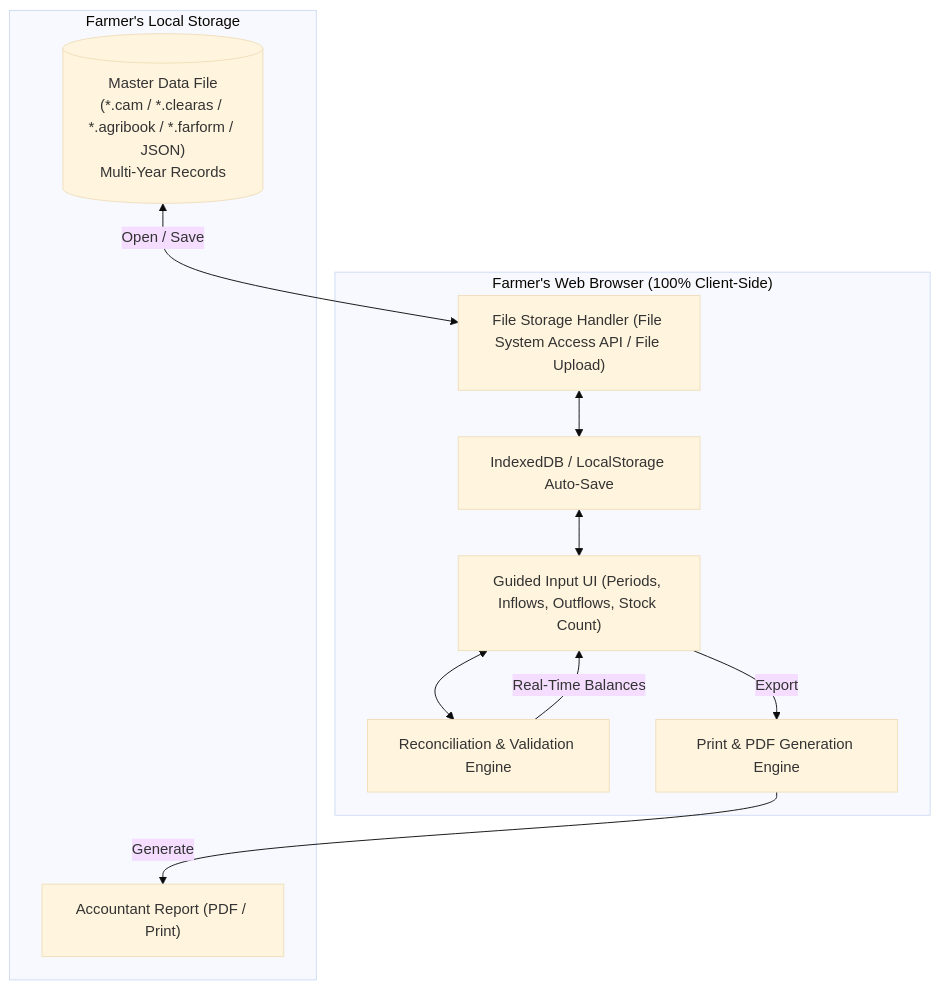
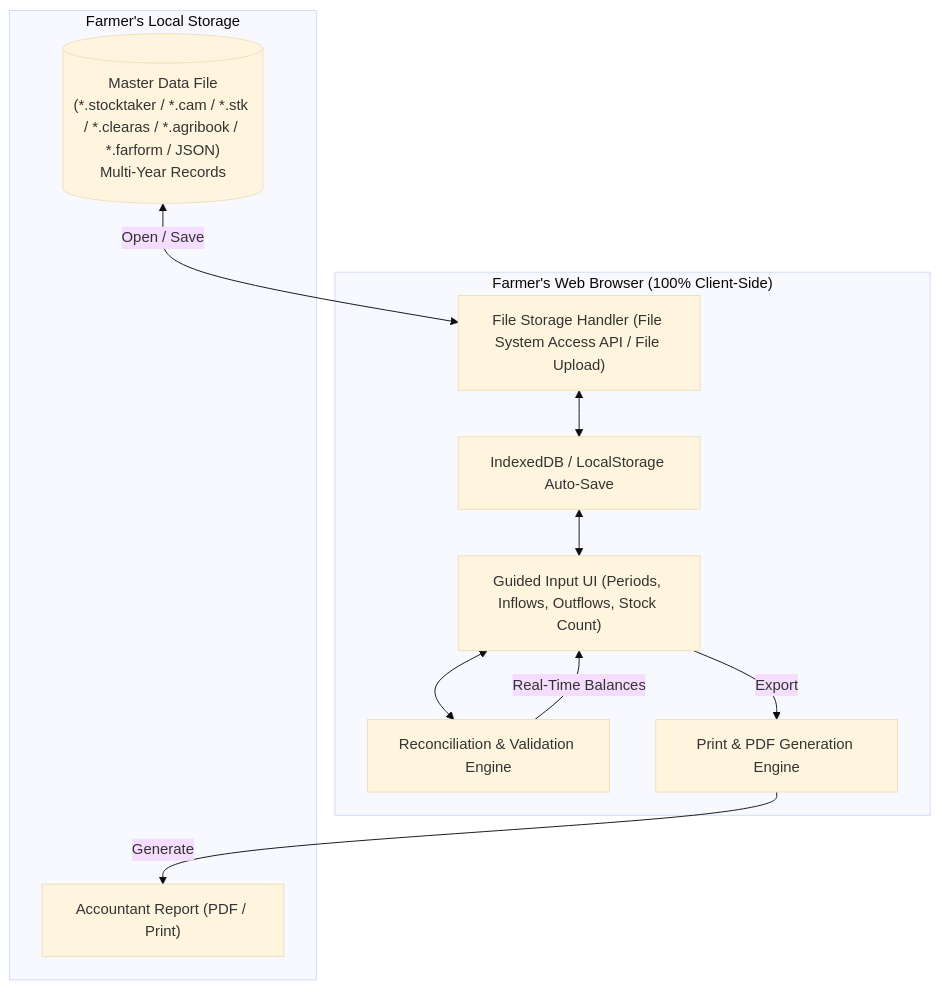
Before and after one commit to WhiteCloudCode/clearas: the diagram in GEMINI.md, drawn with Mermaid (base theme). The commit also changed other lines of this file and 5 other files, not shown here.

````diff
--- a/GEMINI.md
+++ b/GEMINI.md
@@ -51,23 +51,23 @@
 ```mermaid
 flowchart TD
     subgraph Browser ["Farmer's Web Browser (100% Client-Side)"]
         UI["Guided Input UI (Periods, Inflows, Outflows, Stock Count)"]
         CalcEngine["Reconciliation & Validation Engine"]
         LocalCache["IndexedDB / LocalStorage Auto-Save"]
         FileIO["File Storage Handler (File System Access API / File Upload)"]
         ExportEngine["Print & PDF Generation Engine"]
     end
 
     subgraph StorageFile ["Farmer's Local Storage"]
-        MasterFile[("Master Data File\n(*.cam / *.clearas / *.agribook / *.farform / JSON)\nMulti-Year Records")]
+        MasterFile[("Master Data File\n(*.stocktaker / *.cam / *.stk / *.clearas / *.agribook / *.farform / JSON)\nMulti-Year Records")]
         ReportPDF["Accountant Report (PDF / Print)"]
     end
 
     MasterFile <-->|"Open / Save"| FileIO
     FileIO <--> LocalCache
     LocalCache <--> UI
     UI <--> CalcEngine
     CalcEngine -->|"Real-Time Balances"| UI
     UI -->|"Export"| ExportEngine
     ExportEngine -->|"Generate"| ReportPDF
 ```
````
